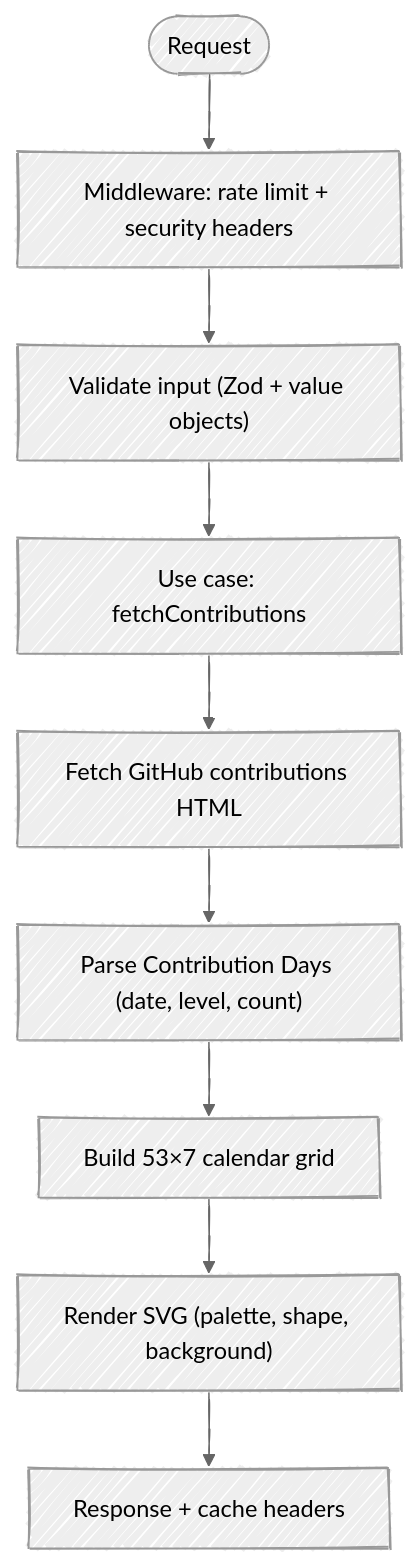
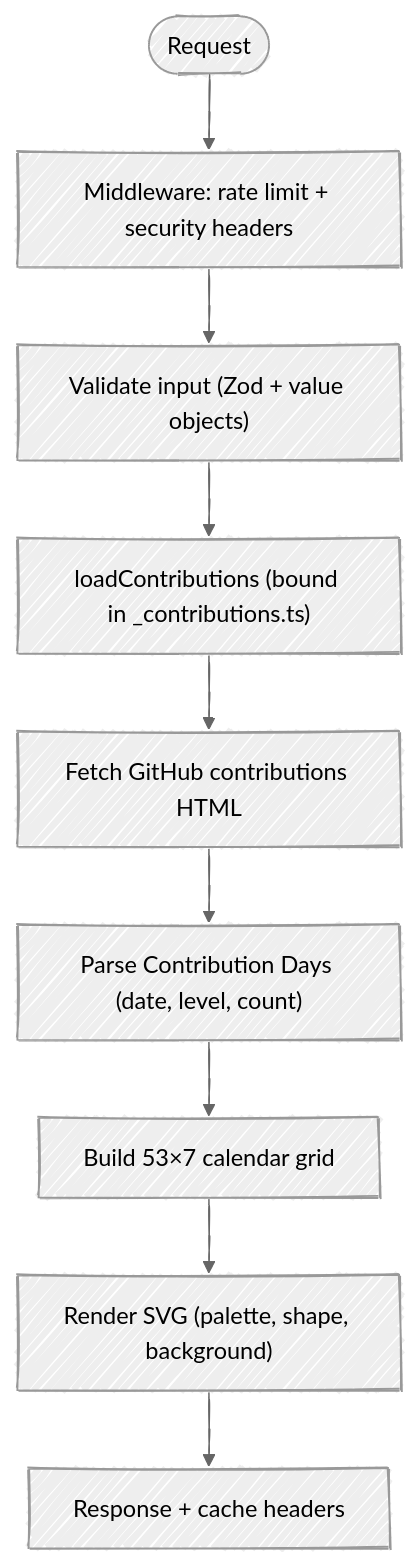
One commit to fbuireu/contribKit changed the diagram in docs/wiki/How-It-Works.md. Above: the diagram before and after it, drawn with Mermaid. The commit also changed other lines of this file and 246 other files, not shown here.

Commit message:
Refactor/architecture pass 3 (#121)

````diff
--- a/docs/wiki/How-It-Works.md
+++ b/docs/wiki/How-It-Works.md
@@ -9,19 +9,19 @@
 ```mermaid
 ---
 config:
   look: handDrawn
   theme: neutral
 ---
 flowchart TD
     request(["Request"])
     middleware["Middleware: rate limit + security headers"]
     validate["Validate input (Zod + value objects)"]
-    usecase["Use case: fetchContributions"]
+    usecase["loadContributions (bound in _contributions.ts)"]
     scrape["Fetch GitHub contributions HTML"]
     parse["Parse Contribution Days (date, level, count)"]
     grid["Build 53×7 calendar grid"]
     render["Render SVG (palette, shape, background)"]
     respond["Response + cache headers"]
 
     request --> middleware --> validate --> usecase --> scrape --> parse --> grid --> render --> respond
 ```
````
